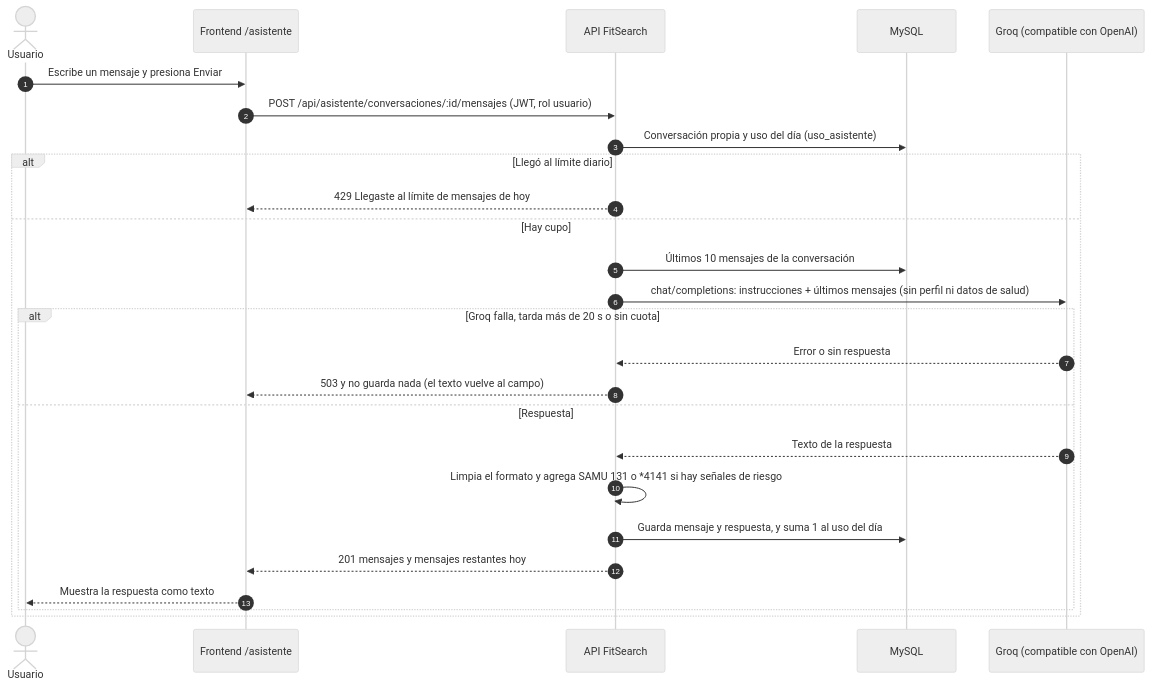
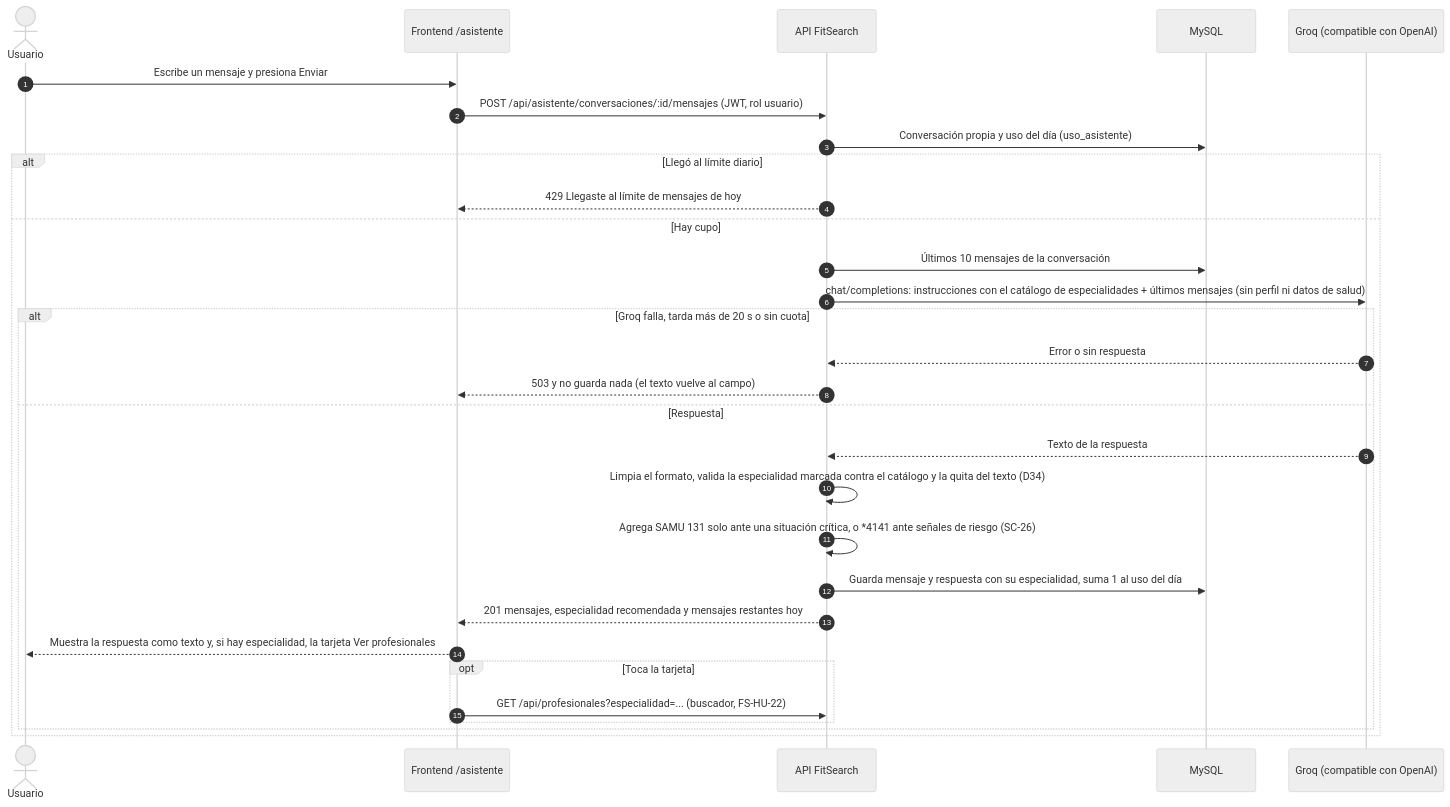
The diagram in FASE 2/Evidencias Proyecto/Evidencias de documentación/Diagramas (Miro)/Actualización Sprint 3/14_Asistente_IA.mmd (rodriacr/FitSearch), drawn with Mermaid (neutral theme) before and after one commit. The commit also changed 37 other files, not shown here.

Commit message:
FS-HU-08 y SC-26: recomendacion de profesional y SAMU solo en situaciones criticas (DAS 1.26)

```diff
--- a/FASE 2/Evidencias Proyecto/Evidencias de documentación/Diagramas (Miro)/Actualización Sprint 3/14_Asistente_IA.mmd
+++ b/FASE 2/Evidencias Proyecto/Evidencias de documentación/Diagramas (Miro)/Actualización Sprint 3/14_Asistente_IA.mmd
@@ -1,26 +1,30 @@
 sequenceDiagram
   autonumber
   actor U as Usuario
   participant F as Frontend /asistente
   participant B as API FitSearch
   participant D as MySQL
   participant G as Groq (compatible con OpenAI)
   U->>F: Escribe un mensaje y presiona Enviar
   F->>B: POST /api/asistente/conversaciones/:id/mensajes (JWT, rol usuario)
   B->>D: Conversación propia y uso del día (uso_asistente)
   alt Llegó al límite diario
     B-->>F: 429 Llegaste al límite de mensajes de hoy
   else Hay cupo
     B->>D: Últimos 10 mensajes de la conversación
-    B->>G: chat/completions: instrucciones + últimos mensajes (sin perfil ni datos de salud)
+    B->>G: chat/completions: instrucciones con el catálogo de especialidades + últimos mensajes (sin perfil ni datos de salud)
     alt Groq falla, tarda más de 20 s o sin cuota
       G-->>B: Error o sin respuesta
       B-->>F: 503 y no guarda nada (el texto vuelve al campo)
     else Respuesta
       G-->>B: Texto de la respuesta
-      B->>B: Limpia el formato y agrega SAMU 131 o *4141 si hay señales de riesgo
-      B->>D: Guarda mensaje y respuesta, y suma 1 al uso del día
-      B-->>F: 201 mensajes y mensajes restantes hoy
-      F-->>U: Muestra la respuesta como texto
+      B->>B: Limpia el formato, valida la especialidad marcada contra el catálogo y la quita del texto (D34)
+      B->>B: Agrega SAMU 131 solo ante una situación crítica, o *4141 ante señales de riesgo (SC-26)
+      B->>D: Guarda mensaje y respuesta con su especialidad, suma 1 al uso del día
+      B-->>F: 201 mensajes, especialidad recomendada y mensajes restantes hoy
+      F-->>U: Muestra la respuesta como texto y, si hay especialidad, la tarjeta Ver profesionales
+      opt Toca la tarjeta
+        F->>B: GET /api/profesionales?especialidad=... (buscador, FS-HU-22)
+      end
     end
   end
```
